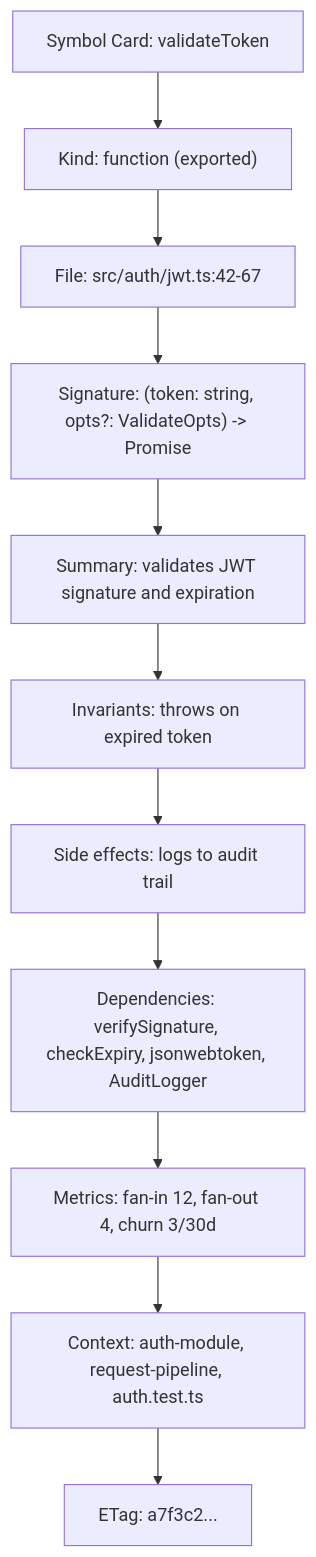
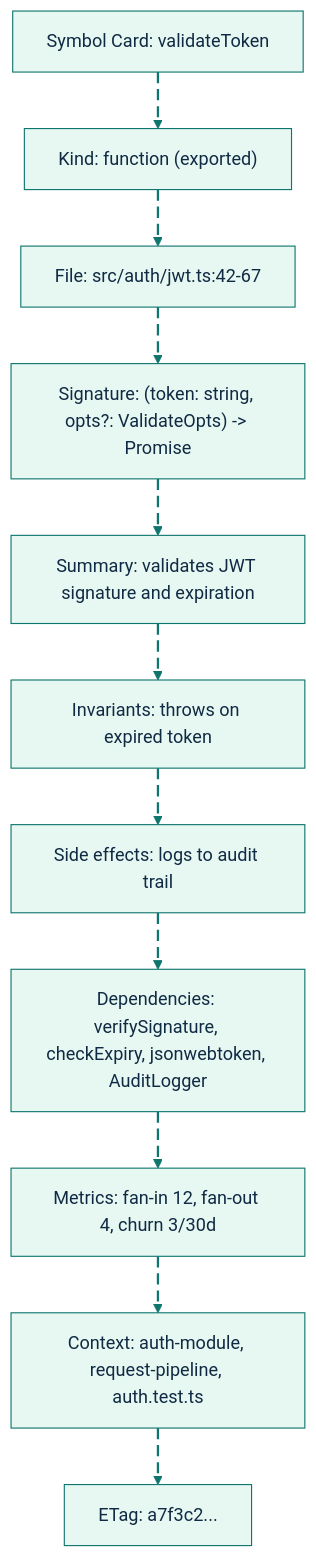
One commit to GlitterKill/sdl-mcp changed the third of 10 diagrams in README.md. Above: the diagram before and after it, drawn with Mermaid. The commit also changed other lines of this file and 1 other file, not shown here.

````diff
--- a/README.md
+++ b/README.md
@@ -147,16 +170,35 @@
 ```mermaid
+%%{init: {"theme":"base","themeVariables":{"background":"#ffffff","primaryColor":"#E7F8F2","primaryBorderColor":"#0F766E","primaryTextColor":"#102A43","secondaryColor":"#E8F1FF","secondaryBorderColor":"#2563EB","secondaryTextColor":"#102A43","tertiaryColor":"#FFF4D6","tertiaryBorderColor":"#B45309","tertiaryTextColor":"#102A43","lineColor":"#0F766E","textColor":"#102A43","fontFamily":"Inter, ui-sans-serif, system-ui, -apple-system, BlinkMacSystemFont, Segoe UI, sans-serif"},"flowchart":{"curve":"basis","htmlLabels":true}}}%%
 flowchart TB
     Card["Symbol Card: validateToken"]
     Kind["Kind: function (exported)"]
     File["File: src/auth/jwt.ts:42-67"]
     Signature["Signature: (token: string, opts?: ValidateOpts) -> Promise<DecodedToken>"]
     Summary["Summary: validates JWT signature and expiration"]
     Invariants["Invariants: throws on expired token"]
     SideEffects["Side effects: logs to audit trail"]
     Deps["Dependencies: verifySignature, checkExpiry, jsonwebtoken, AuditLogger"]
     Metrics["Metrics: fan-in 12, fan-out 4, churn 3/30d"]
     Context["Context: auth-module, request-pipeline, auth.test.ts"]
     ETag["ETag: a7f3c2..."]
 
-    Card --> Kind --> File --> Signature --> Summary --> Invariants --> SideEffects --> Deps --> Metrics --> Context --> ETag
+    Card e1@--> Kind
+    Kind e2@--> File
+    File e3@--> Signature
+    Signature e4@--> Summary
+    Summary e5@--> Invariants
+    Invariants e6@--> SideEffects
+    SideEffects e7@--> Deps
+    Deps e8@--> Metrics
+    Metrics e9@--> Context
+    Context e10@--> ETag
+
+    classDef source fill:#E7F8F2,stroke:#0F766E,stroke-width:2px,color:#102A43;
+    classDef process fill:#E8F1FF,stroke:#2563EB,stroke-width:2px,color:#102A43;
+    classDef decision fill:#FFF4D6,stroke:#B45309,stroke-width:2px,color:#102A43;
+    classDef storage fill:#F2E8FF,stroke:#7C3AED,stroke-width:2px,color:#102A43;
+    classDef output fill:#FFE8EF,stroke:#BE123C,stroke-width:2px,color:#102A43;
+    classDef muted fill:#F8FAFC,stroke:#64748B,stroke-width:1px,color:#102A43;
+    classDef animate stroke:#0F766E,stroke-width:2px,stroke-dasharray:10\,5,stroke-dashoffset:900,animation:dash 22s linear infinite;
+    class e1,e2,e3,e4,e5,e6,e7,e8,e9,e10 animate;
 ```
````
